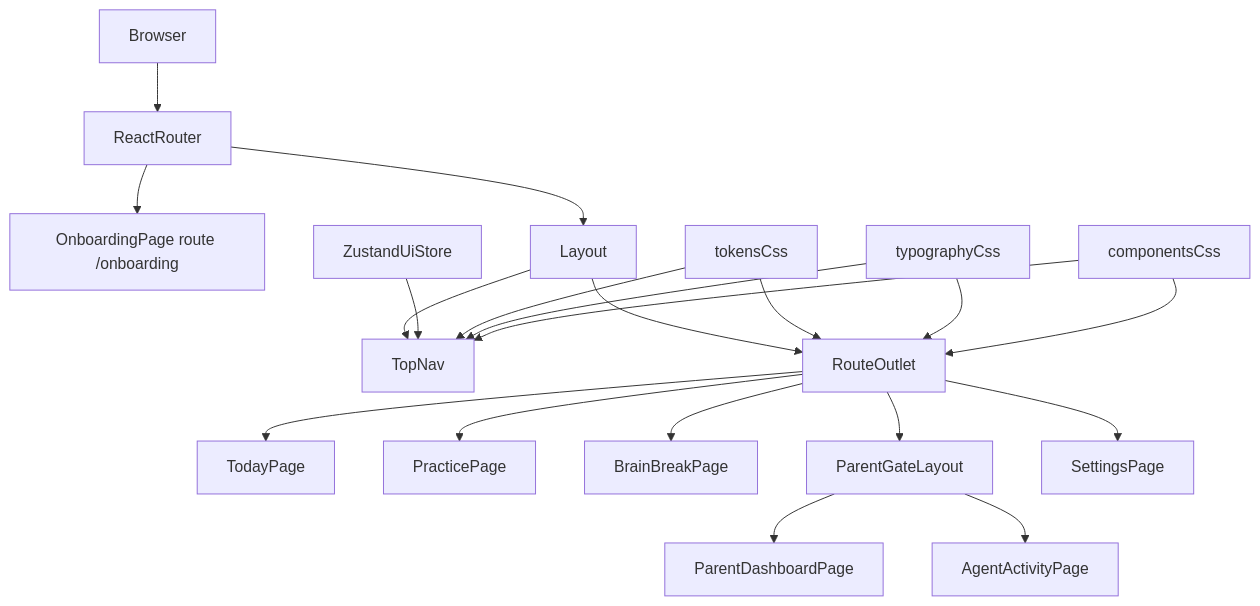
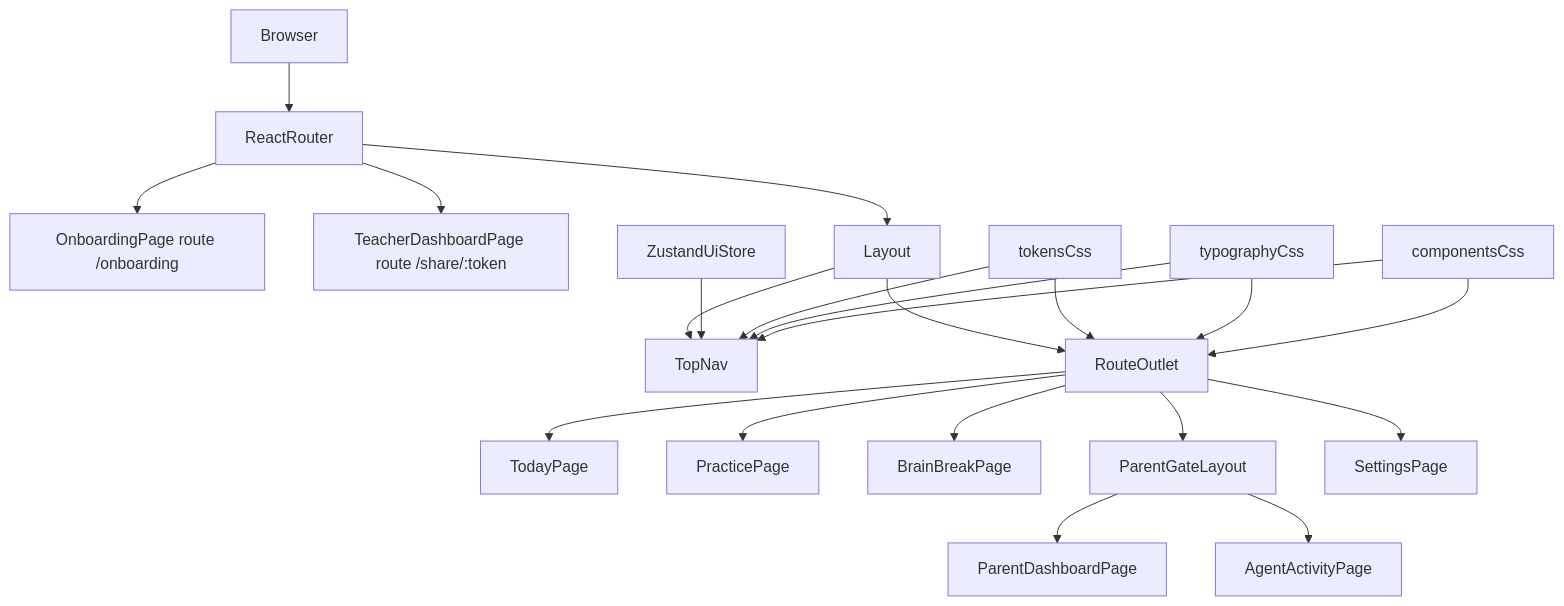
One commit to protektiq/briellesloop changed the second of 8 diagrams in DATA_FLOW_DIAGRAM.md. Above: the diagram before and after it, drawn with Mermaid. The commit also changed other lines of this file and 17 other files, not shown here.

````diff
--- a/DATA_FLOW_DIAGRAM.md
+++ b/DATA_FLOW_DIAGRAM.md
@@ -79,22 +91,23 @@
 ```mermaid
 flowchart TD
   browser[Browser] --> reactRouter[ReactRouter]
   reactRouter --> onboardingRoute[OnboardingPage route /onboarding]
+  reactRouter --> teacherShareRoute[TeacherDashboardPage route /share/:token]
   reactRouter --> layout[Layout]
   layout --> topNav[TopNav]
   layout --> routeOutlet[RouteOutlet]
   uiStore[ZustandUiStore] --> topNav
   routeOutlet --> todayPage[TodayPage]
   routeOutlet --> practicePage[PracticePage]
   routeOutlet --> breakPage[BrainBreakPage]
   routeOutlet --> parentGate[ParentGateLayout]
   parentGate --> parentPage[ParentDashboardPage]
   parentGate --> agentPage[AgentActivityPage]
   routeOutlet --> settingsPage[SettingsPage]
   cssTokens[tokensCss] --> topNav
   cssTypography[typographyCss] --> topNav
   cssComponents[componentsCss] --> topNav
   cssTokens --> routeOutlet
   cssTypography --> routeOutlet
   cssComponents --> routeOutlet
 ```
````
